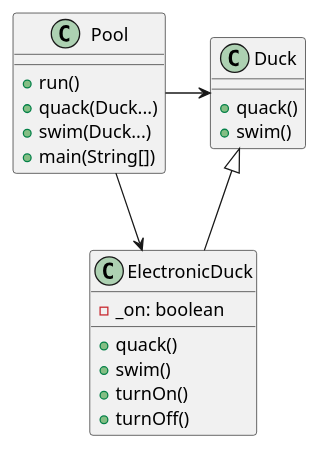
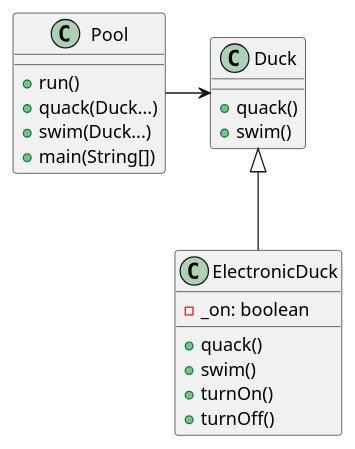
The diagram in LSP/src/com/directi/training/lsp/exercise/uml.wsd (MedAzizKhayati/SOLID), drawn with PlantUML before and after one commit. The commit also changed 8 other files, not shown here.

```diff
--- a/LSP/src/com/directi/training/lsp/exercise/uml.wsd
+++ b/LSP/src/com/directi/training/lsp/exercise/uml.wsd
@@ -1,25 +1,24 @@
 @startuml lsp
 class Duck {
   +quack()
   +swim()
 }
 
 class ElectronicDuck {
   -_on: boolean
   +quack()
   +swim()
   +turnOn()
   +turnOff()
 }
 
 class Pool {
   +run()
   +quack(Duck...)
   +swim(Duck...)
   +main(String[])
 }
 
 Duck <|-- ElectronicDuck
 Pool -> Duck
-Pool -> ElectronicDuck
 @enduml
```
